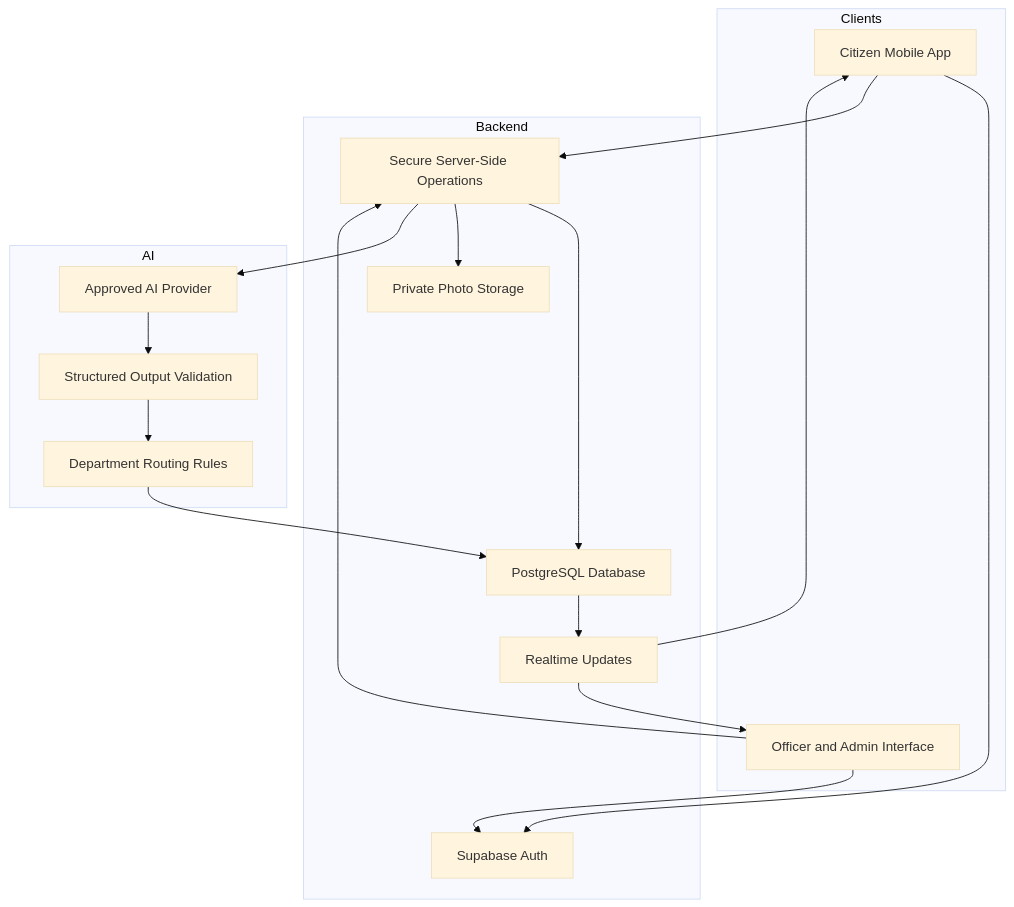
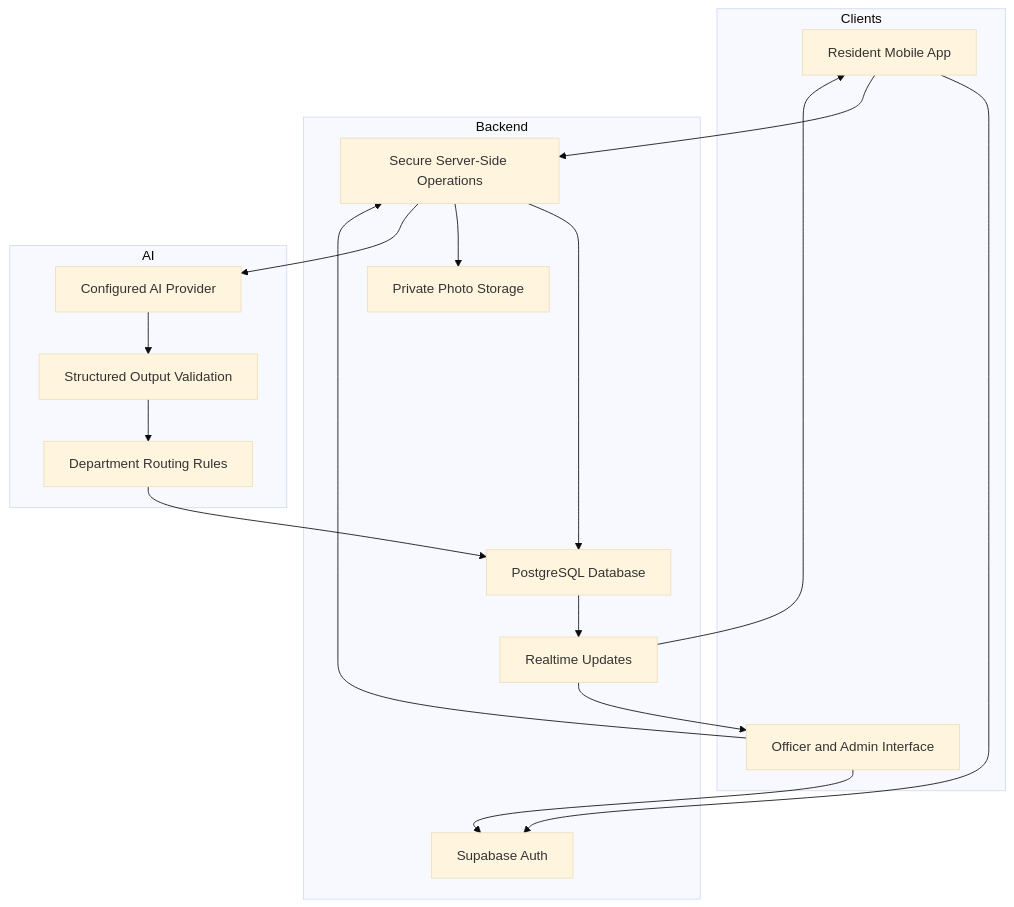
Before and after one commit to Yashpatole81/CivicLens: the second of 2 diagrams in README.md, drawn with Mermaid (base theme). The commit also changed other lines of this file, not shown here.

````diff
--- a/README.md
+++ b/README.md
@@ -142,35 +188,35 @@
-```mermaid
+``` mermaid
 flowchart TB
     subgraph Clients
-        A[Citizen Mobile App]
+        A[Resident Mobile App]
         B[Officer and Admin Interface]
     end
 
     subgraph Backend
         C[Supabase Auth]
         D[Secure Server-Side Operations]
         E[PostgreSQL Database]
         F[Private Photo Storage]
         G[Realtime Updates]
     end
 
     subgraph AI
-        H[Approved AI Provider]
+        H[Configured AI Provider]
         I[Structured Output Validation]
         J[Department Routing Rules]
     end
 
     A --> C
     B --> C
     A --> D
     B --> D
     D --> E
     D --> F
     D --> H
     H --> I
     I --> J
     J --> E
     E --> G
     G --> A
     G --> B
 ```
````
